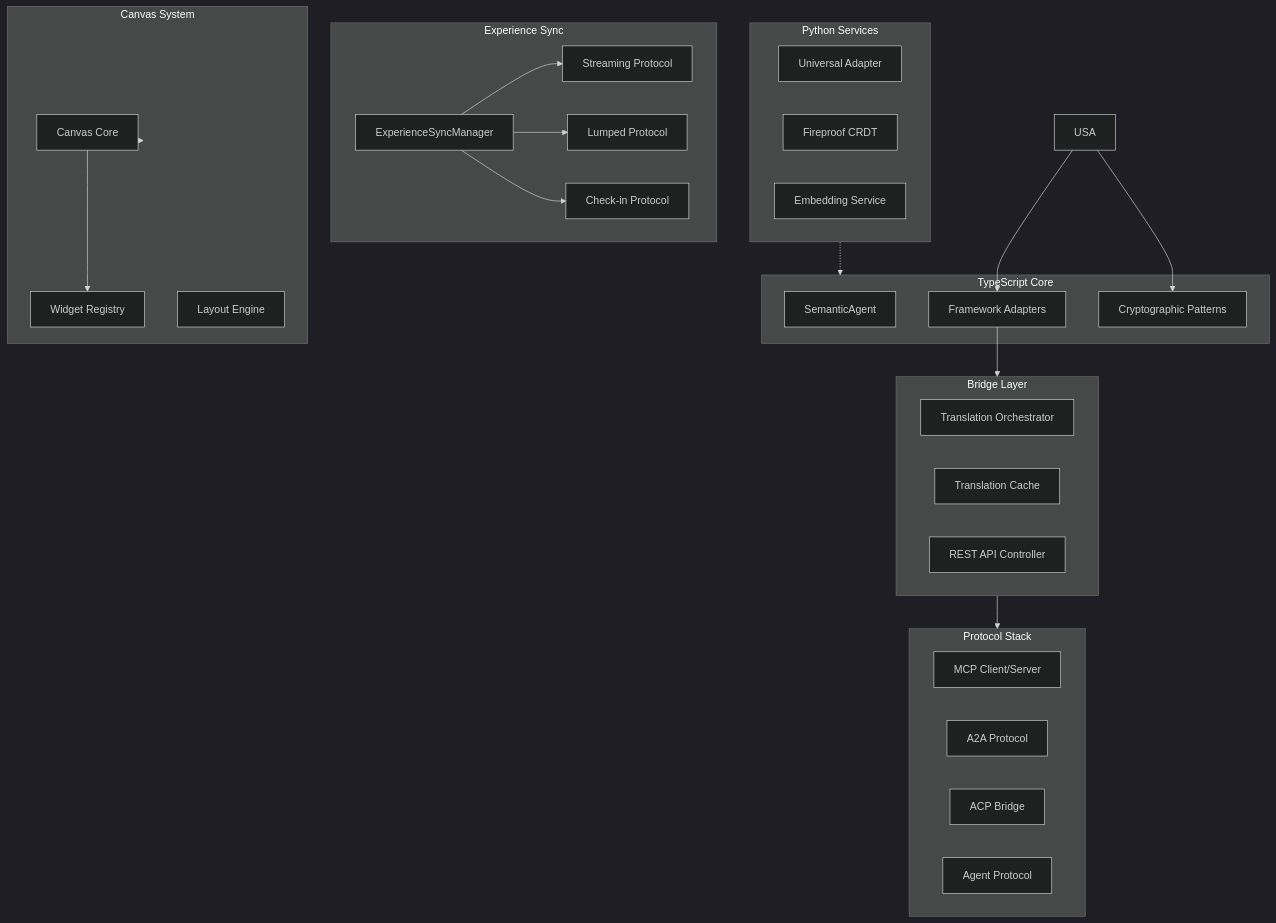
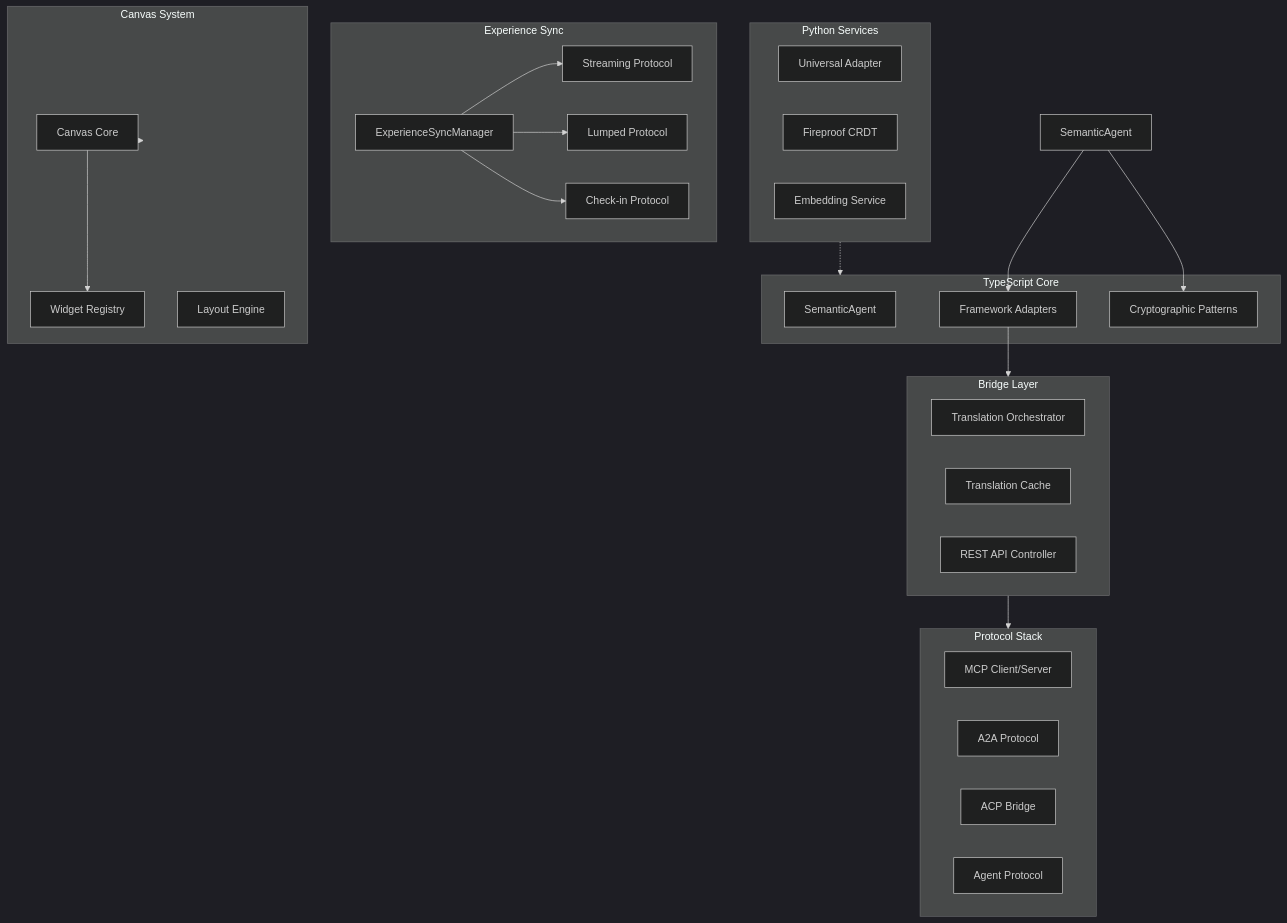
Before and after one commit to Replicant-Partners/Chrysalis: the second of 2 diagrams in README.md, drawn with Mermaid (dark theme). The commit also changed other lines of this file and 506 other files, not shown here.

````diff
--- a/README.md
+++ b/README.md
@@ -205,51 +213,51 @@
 ```mermaid
 flowchart TB
     subgraph Core[TypeScript Core]
         SA[SemanticAgent]
         Adapters[Framework Adapters]
         Patterns[Cryptographic Patterns]
     end
 
     subgraph Bridge[Bridge Layer]
         Orchestrator[Translation Orchestrator]
         Cache[Translation Cache]
         API[REST API Controller]
     end
 
     subgraph Protocols[Protocol Stack]
         MCP[MCP Client/Server]
         A2A[A2A Protocol]
         ACP[ACP Bridge]
         AP[Agent Protocol]
     end
 
     subgraph Sync[Experience Sync]
         ESM[ExperienceSyncManager]
         Streaming[Streaming Protocol]
         Lumped[Lumped Protocol]
         CheckIn[Check-in Protocol]
     end
 
     subgraph Python[Python Services]
         UA[Universal Adapter]
         FP[Fireproof CRDT]
         EMB[Embedding Service]
     end
 
     subgraph Canvas[Canvas System]
         Core_C[Canvas Core]
         Widgets[Widget Registry]
         Layout[Layout Engine]
     end
 
-    USA --> Adapters
-    USA --> Patterns
+    SemanticAgent --> Adapters
+    SemanticAgent --> Patterns
     Adapters --> Bridge
     Bridge --> Protocols
     ESM --> Streaming
     ESM --> Lumped
     ESM --> CheckIn
     Canvas --> Core_C
     Core_C --> Widgets
     Python -.-> Core
 ```
````
